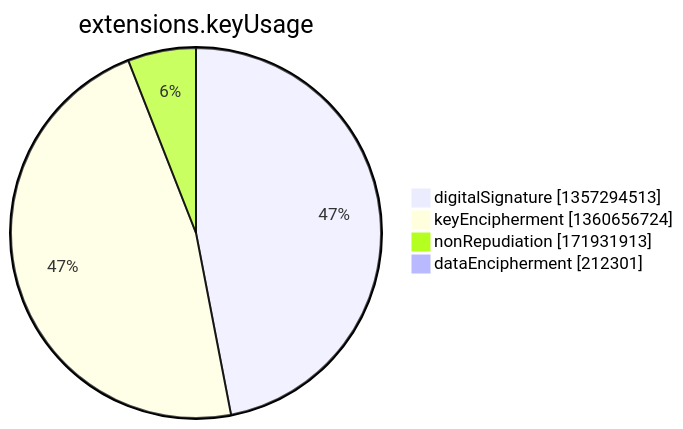
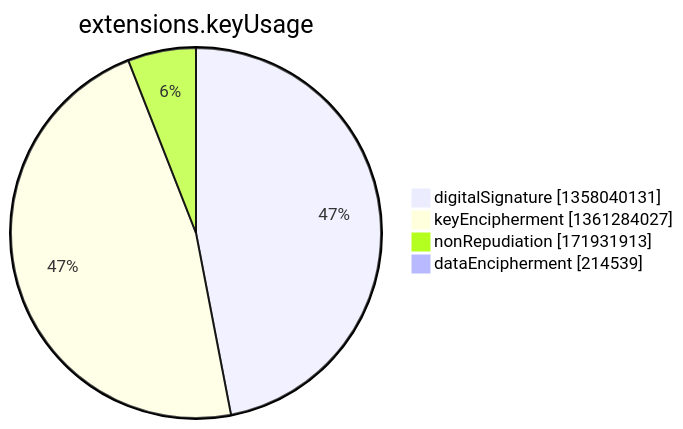
Before and after one commit to christiankrug/ctmonitor_visualization: the seventh of 15 diagrams in argon2022/README.md, drawn with Mermaid. The commit also changed other lines of this file, not shown here.

````diff
--- a/argon2022/README.md
+++ b/argon2022/README.md
@@ -2750,8 +2750,8 @@
 ```mermaid
 pie showData
 title extensions.keyUsage
-"digitalSignature" :1357294513
-"keyEncipherment" :1360656724
+"digitalSignature" :1358040131
+"keyEncipherment" :1361284027
 "nonRepudiation" :171931913
-"dataEncipherment" :212301
+"dataEncipherment" :214539
 ```
````
